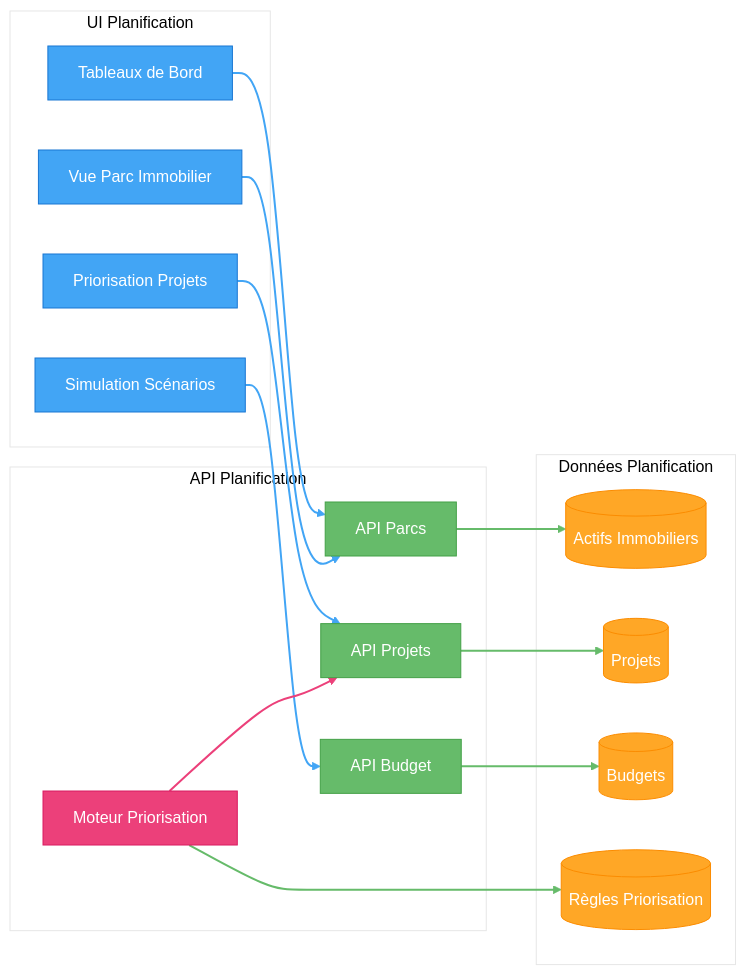
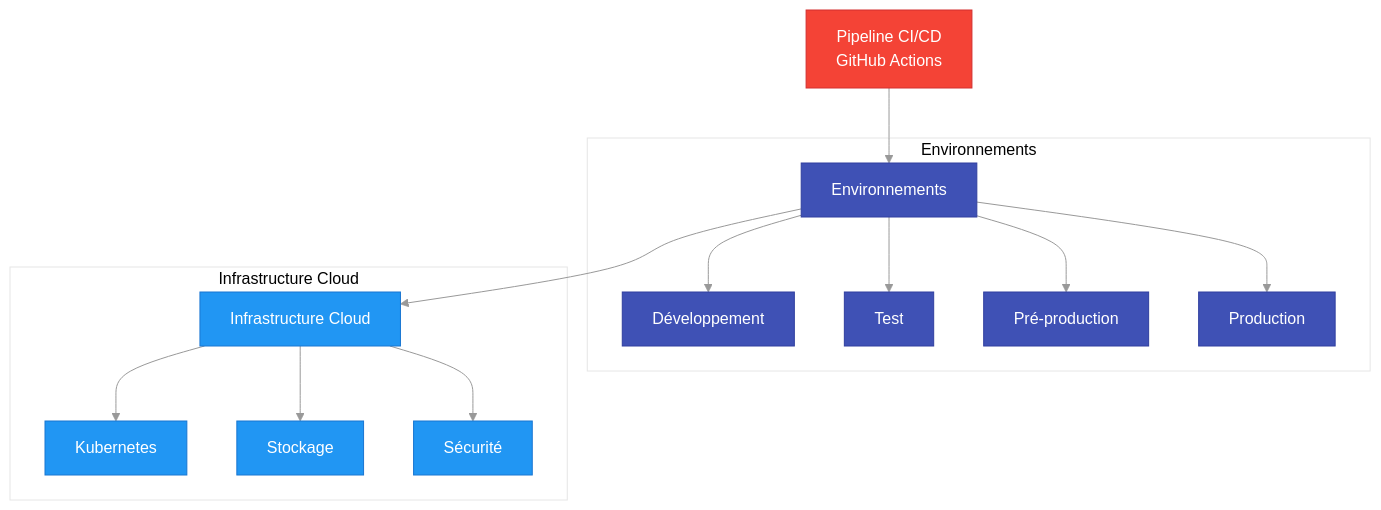
Before and after one commit to MacroMan5/project_a3e_beta: the eighth of 11 diagrams in project/4_technical_architecture/STACK_TECHNIQUE.md, drawn with Mermaid. The commit also changed other lines of this file and 23 other files, not shown here.

````diff
--- a/project/4_technical_architecture/STACK_TECHNIQUE.md
+++ b/project/4_technical_architecture/STACK_TECHNIQUE.md
@@ -721,52 +572,27 @@
 ```mermaid
 %%{init: {'theme': 'base', 'themeVariables': { 'primaryColor': '#f5f5f5', 'lineColor': '#999'}}}%%
-graph LR
-    classDef ui fill:#42A5F5,stroke:#1976D2,color:white
-    classDef api fill:#66BB6A,stroke:#43A047,color:white
-    classDef data fill:#FFA726,stroke:#FB8C00,color:white
-    classDef engine fill:#EC407A,stroke:#D81B60,color:white
+graph TD
+    classDef cicd fill:#F44336,stroke:#D32F2F,color:white
+    classDef env fill:#3F51B5,stroke:#303F9F,color:white
+    classDef infra fill:#2196F3,stroke:#1976D2,color:white
 
-    subgraph "UI Planification"
-        Dashboard[Tableaux de Bord]
-        ParcView[Vue Parc Immobilier]
-        ProjectPriority[Priorisation Projets]
-        Simulation[Simulation Scénarios]
+    CICD[Pipeline CI/CD<br/>GitHub Actions] --> Env[Environnements]
+    Env --> Cloud[Infrastructure Cloud]
+    
+    subgraph "Environnements"
+        Env --> Dev[Développement]
+        Env --> Test[Test]
+        Env --> Staging[Pré-production]
+        Env --> Prod[Production]
     end
     
-    subgraph "API Planification"
-        ParcsAPI[API Parcs]
-        ProjectsAPI[API Projets]
-        BudgetAPI[API Budget]
-        PriorityEngine[Moteur Priorisation]
+    subgraph "Infrastructure Cloud"
+        Cloud --> K8s[Kubernetes]
+        Cloud --> Storage[Stockage]
+        Cloud --> Security[Sécurité]
     end
     
-    subgraph "Données Planification"
-        Assets[(Actifs Immobiliers)]
-        Projects[(Projets)]
-        Budgets[(Budgets)]
-        PriorityRules[(Règles Priorisation)]
-    end
-    
-    Dashboard --> ParcsAPI
-    ParcView --> ParcsAPI
-    ProjectPriority --> ProjectsAPI
-    Simulation --> BudgetAPI
-    
-    ParcsAPI --> Assets
-    ProjectsAPI --> Projects
-    BudgetAPI --> Budgets
-    PriorityEngine --> PriorityRules
-    
-    PriorityEngine --> ProjectsAPI
-    
-    %% Apply classes
-    class Dashboard,ParcView,ProjectPriority,Simulation ui
-    class ParcsAPI,ProjectsAPI,BudgetAPI api
-    class PriorityEngine engine
-    class Assets,Projects,Budgets,PriorityRules data
-    
-    %% Link styling
-    linkStyle 0,1,2,3 stroke:#42A5F5,stroke-width:2px
-    linkStyle 4,5,6,7 stroke:#66BB6A,stroke-width:2px
-    linkStyle 8 stroke:#EC407A,stroke-width:2px
+    class CICD cicd
+    class Env,Dev,Test,Staging,Prod env
+    class Cloud,K8s,Storage,Security infra
 ```
````
